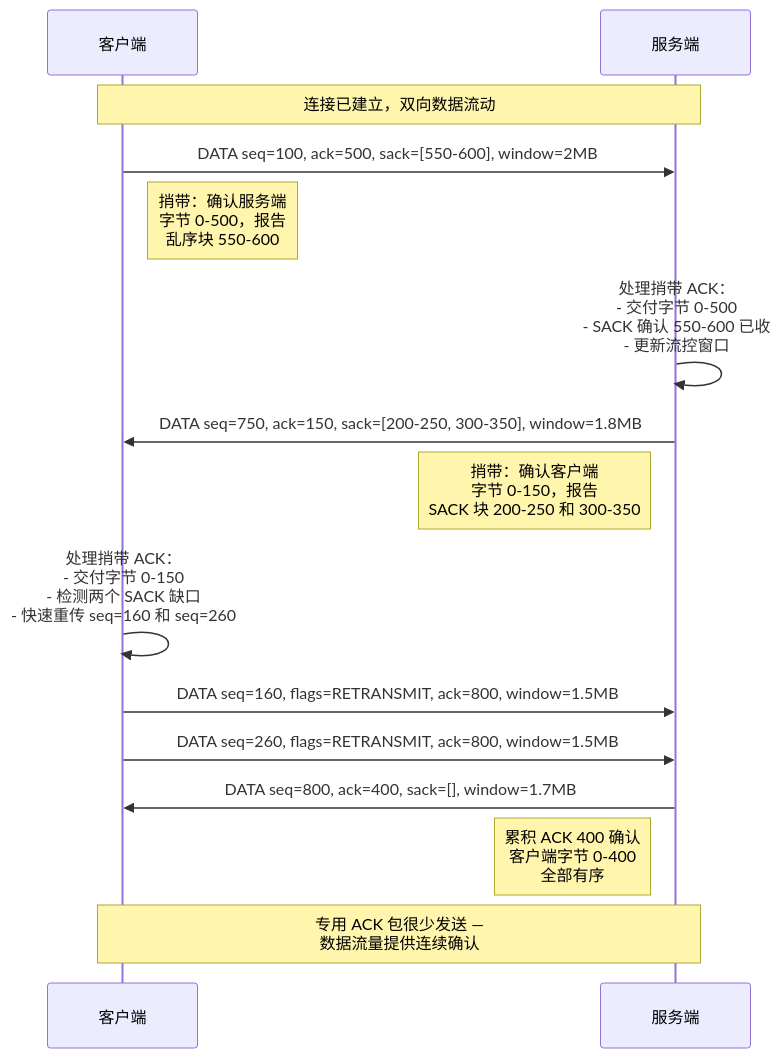
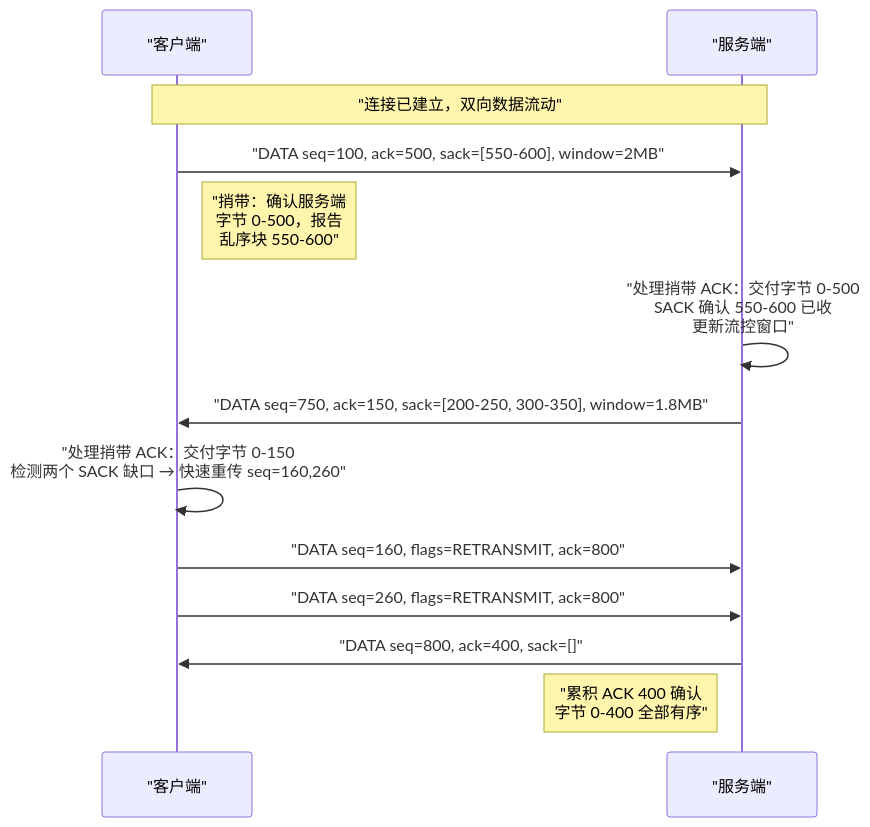
One commit to liulilittle/ucp changed the fifth of 10 diagrams in README_CN.md. Above: the diagram before and after it, drawn with Mermaid. The commit also changed other lines of this file and 43 other files, not shown here.

````diff
--- a/README_CN.md
+++ b/README_CN.md
@@ -319,25 +267,22 @@
 ```mermaid
 sequenceDiagram
-    participant C as 客户端
-    participant S as 服务端
-
-    Note over C,S: 连接已建立，双向数据流动
-
-    C->>S: DATA seq=100, ack=500, sack=[550-600], window=2MB
-    Note right of C: 捎带：确认服务端<br/>字节 0-500，报告<br/>乱序块 550-600
-
-    S->>S: 处理捎带 ACK：<br/>- 交付字节 0-500<br/>- SACK 确认 550-600 已收<br/>- 更新流控窗口
-
-    S->>C: DATA seq=750, ack=150, sack=[200-250, 300-350], window=1.8MB
-    Note left of S: 捎带：确认客户端<br/>字节 0-150，报告<br/>SACK 块 200-250 和 300-350
-
-    C->>C: 处理捎带 ACK：<br/>- 交付字节 0-150<br/>- 检测两个 SACK 缺口<br/>- 快速重传 seq=160 和 seq=260
-
-    C->>S: DATA seq=160, flags=RETRANSMIT, ack=800, window=1.5MB
-    C->>S: DATA seq=260, flags=RETRANSMIT, ack=800, window=1.5MB
-
-    S->>C: DATA seq=800, ack=400, sack=[], window=1.7MB
-    Note left of S: 累积 ACK 400 确认<br/>客户端字节 0-400<br/>全部有序
-
-    Note over C,S: 专用 ACK 包很少发送 —<br/>数据流量提供连续确认
+    participant C as "客户端"
+    participant S as "服务端"
+    
+    Note over C,S: "连接已建立，双向数据流动"
+    
+    C->>S: "DATA seq=100, ack=500, sack=[550-600], window=2MB"
+    Note right of C: "捎带：确认服务端<br/>字节 0-500，报告<br/>乱序块 550-600"
+    
+    S->>S: "处理捎带 ACK：交付字节 0-500<br/>SACK 确认 550-600 已收<br/>更新流控窗口"
+    
+    S->>C: "DATA seq=750, ack=150, sack=[200-250, 300-350], window=1.8MB"
+    
+    C->>C: "处理捎带 ACK：交付字节 0-150<br/>检测两个 SACK 缺口 → 快速重传 seq=160,260"
+    
+    C->>S: "DATA seq=160, flags=RETRANSMIT, ack=800"
+    C->>S: "DATA seq=260, flags=RETRANSMIT, ack=800"
+    
+    S->>C: "DATA seq=800, ack=400, sack=[]"
+    Note left of S: "累积 ACK 400 确认<br/>字节 0-400 全部有序"
 ```
````
